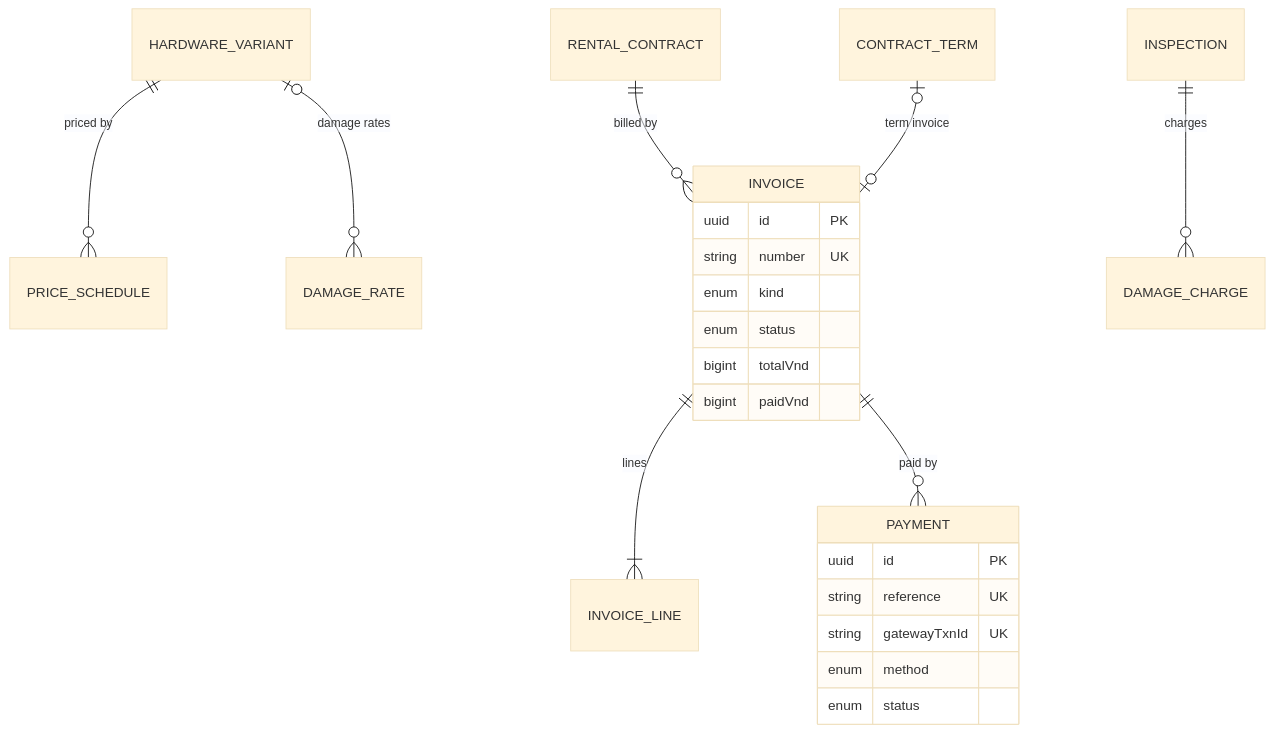
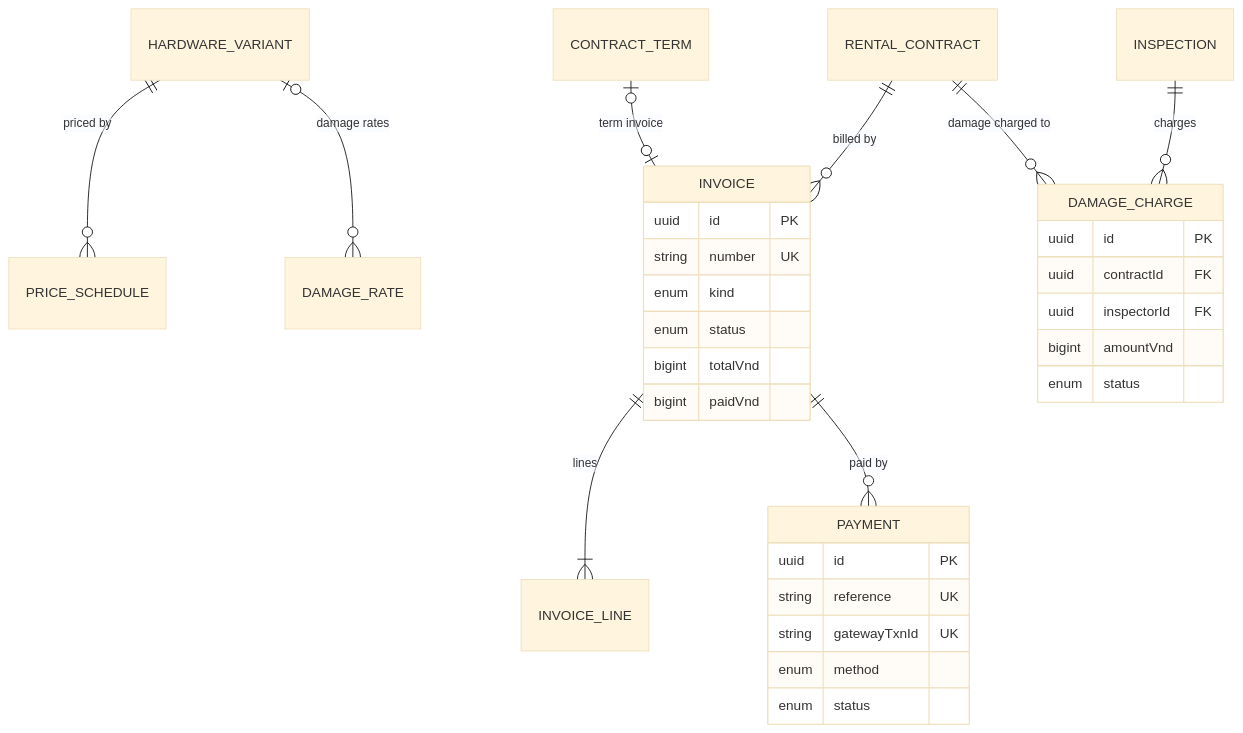
The first of 17 diagrams in specs/billing/design.md (TrekLink-Team/treklink-web), drawn with Mermaid (base theme) before and after one commit. The commit also changed other lines of this file and 34 other files, not shown here.

First line of the commit message:
feat(TK-161): damage charge decision on the charge's own contract and inspector (UC-48, D-081)

````diff
--- a/specs/billing/design.md
+++ b/specs/billing/design.md
@@ -12,25 +12,33 @@
 ```mermaid
 erDiagram
     HARDWARE_VARIANT ||--o{ PRICE_SCHEDULE : "priced by"
     HARDWARE_VARIANT |o--o{ DAMAGE_RATE : "damage rates"
     RENTAL_CONTRACT ||--o{ INVOICE : "billed by"
     CONTRACT_TERM |o--o| INVOICE : "term invoice"
     INVOICE ||--|{ INVOICE_LINE : "lines"
     INVOICE ||--o{ PAYMENT : "paid by"
     INSPECTION ||--o{ DAMAGE_CHARGE : "charges"
+    RENTAL_CONTRACT ||--o{ DAMAGE_CHARGE : "damage charged to"
     INVOICE {
         uuid id PK
         string number UK
         enum kind
         enum status
         bigint totalVnd
         bigint paidVnd
     }
     PAYMENT {
         uuid id PK
         string reference UK
         string gatewayTxnId UK
         enum method
         enum status
     }
+    DAMAGE_CHARGE {
+        uuid id PK
+        uuid contractId FK
+        uuid inspectorId FK
+        bigint amountVnd
+        enum status
+    }
 ```
````
